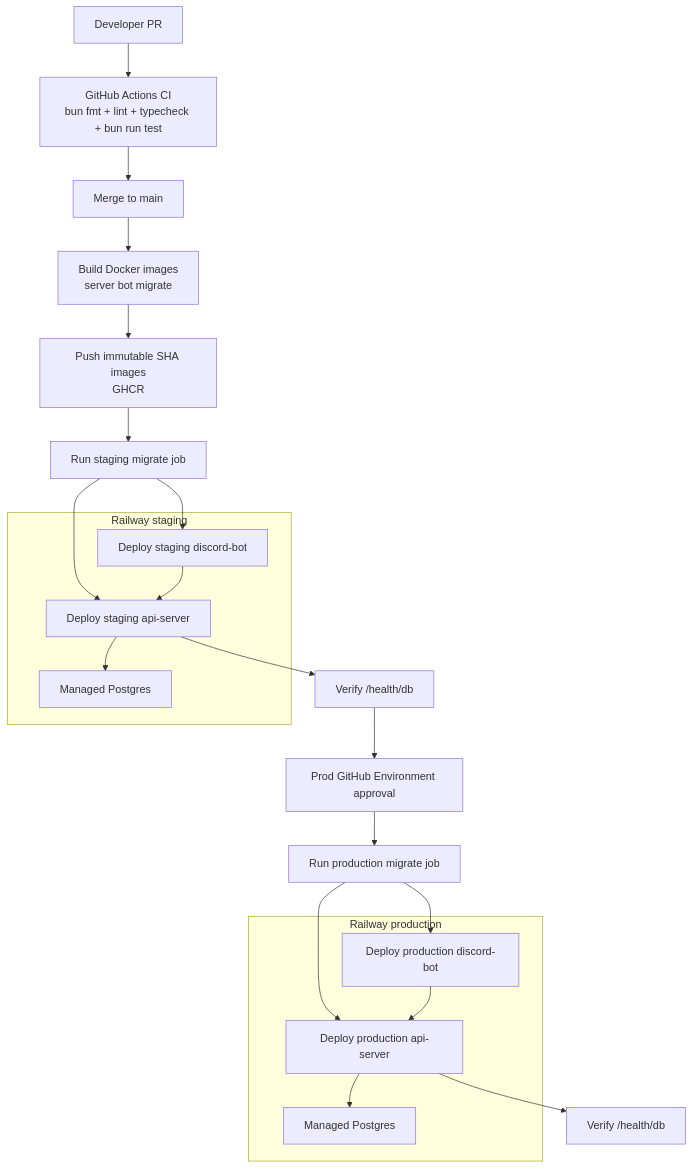
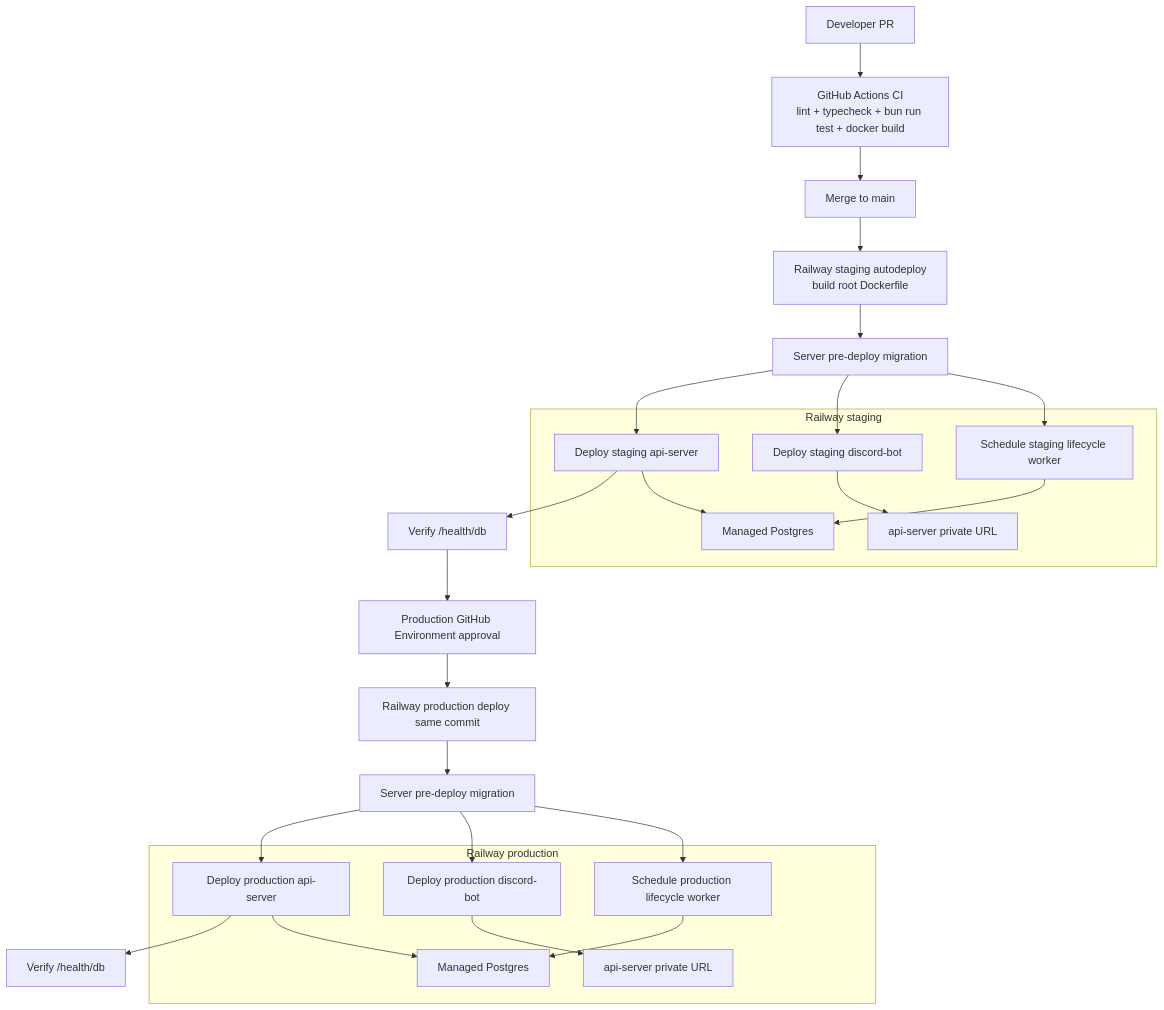
One commit to jkufa/habit-gamba changed the diagram in .plans/mvp-ci-cd.md. Above: the diagram before and after it, drawn with Mermaid. The commit also changed other lines of this file and 11 other files, not shown here.

````diff
--- a/.plans/mvp-ci-cd.md
+++ b/.plans/mvp-ci-cd.md
@@ -54,28 +59,30 @@
 ```mermaid
 flowchart TD
-  Dev["Developer PR"] --> CI["GitHub Actions CI<br/>bun fmt + lint + typecheck + bun run test"]
+  Dev["Developer PR"] --> CI["GitHub Actions CI<br/>lint + typecheck + bun run test + docker build"]
   CI --> Merge["Merge to main"]
-  Merge --> Build["Build Docker images<br/>server bot migrate"]
-  Build --> GHCR["Push immutable SHA images<br/>GHCR"]
-
-  GHCR --> StgMig["Run staging migrate job"]
+  Merge --> StgBuild["Railway staging autodeploy<br/>build root Dockerfile"]
+  StgBuild --> StgMig["Server pre-deploy migration"]
   StgMig --> StgApi["Deploy staging api-server"]
   StgMig --> StgBot["Deploy staging discord-bot"]
+  StgMig --> StgWorker["Schedule staging lifecycle worker"]
   StgApi --> StgHealth["Verify /health/db"]
-
-  StgHealth --> Approval["Prod GitHub Environment approval"]
-  Approval --> ProdMig["Run production migrate job"]
+  StgHealth --> Approval["Production GitHub Environment approval"]
+  Approval --> ProdBuild["Railway production deploy same commit"]
+  ProdBuild --> ProdMig["Server pre-deploy migration"]
   ProdMig --> ProdApi["Deploy production api-server"]
   ProdMig --> ProdBot["Deploy production discord-bot"]
+  ProdMig --> ProdWorker["Schedule production lifecycle worker"]
   ProdApi --> ProdHealth["Verify /health/db"]
 
   subgraph RailwayStaging["Railway staging"]
     StgApi --> StgPg["Managed Postgres"]
-    StgBot --> StgApi
+    StgBot --> StgApiPrivate["api-server private URL"]
+    StgWorker --> StgPg
   end
 
   subgraph RailwayProd["Railway production"]
     ProdApi --> ProdPg["Managed Postgres"]
-    ProdBot --> ProdApi
+    ProdBot --> ProdApiPrivate["api-server private URL"]
+    ProdWorker --> ProdPg
   end
 ```
````
